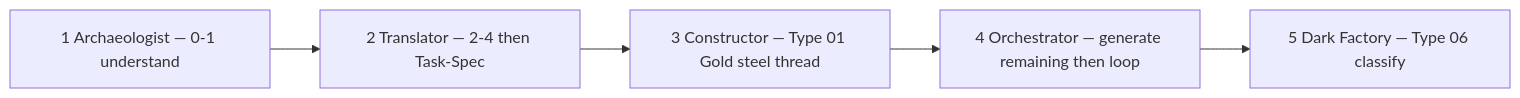
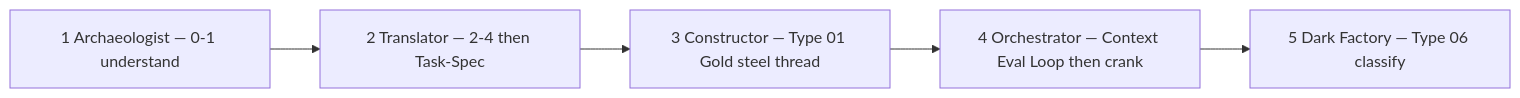
One commit to PedroZotelli/uc-northwind-pay-edp changed the second of 2 diagrams in README.md. Above: the diagram before and after it, drawn with Mermaid. The commit also changed other lines of this file and 29 other files, not shown here.

First line of the commit message:
Ship Night 4 Orchestrator clock: Context · Eval · Loop, then generate

````diff
--- a/README.md
+++ b/README.md
@@ -104,9 +104,9 @@
 ```mermaid
 flowchart LR
   D1["1 Archaeologist — 0-1 understand"]
   D2["2 Translator — 2-4 then Task-Spec"]
   D3["3 Constructor — Type 01 Gold steel thread"]
-  D4["4 Orchestrator — generate remaining then loop"]
+  D4["4 Orchestrator — Context Eval Loop then crank"]
   D5["5 Dark Factory — Type 06 classify"]
   D1 --> D2 --> D3 --> D4 --> D5
 ```
````
